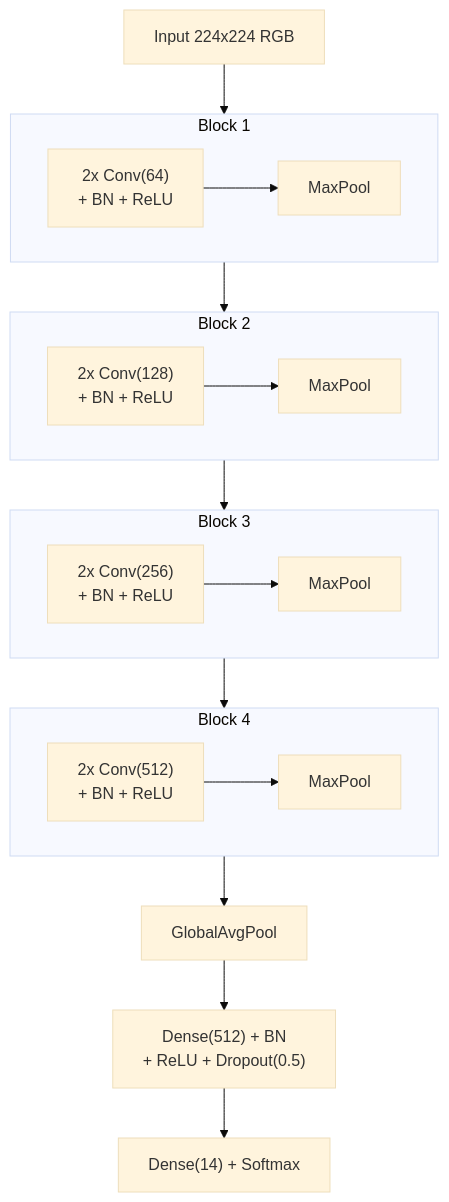
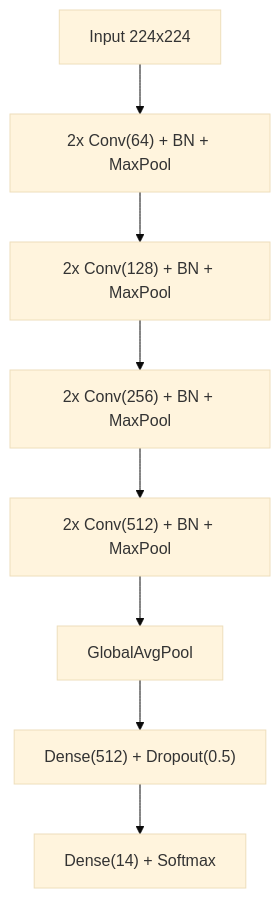
One commit to omorros/SnapShelf changed the third of 3 diagrams in research/01-cnn-comparison/README.md. Above: the diagram before and after it, drawn with Mermaid (base theme). The commit also changed other lines of this file, not shown here.

````diff
--- a/research/01-cnn-comparison/README.md
+++ b/research/01-cnn-comparison/README.md
@@ -197,26 +102,10 @@
 ```mermaid
 flowchart TB
-    I["Input 224x224 RGB"] --> B1
-    subgraph B1 ["Block 1"]
-        direction LR
-        B1a["2x Conv(64)\n+ BN + ReLU"] --> B1b["MaxPool"]
-    end
-    B1 --> B2
-    subgraph B2 ["Block 2"]
-        direction LR
-        B2a["2x Conv(128)\n+ BN + ReLU"] --> B2b["MaxPool"]
-    end
-    B2 --> B3
-    subgraph B3 ["Block 3"]
-        direction LR
-        B3a["2x Conv(256)\n+ BN + ReLU"] --> B3b["MaxPool"]
-    end
-    B3 --> B4
-    subgraph B4 ["Block 4"]
-        direction LR
-        B4a["2x Conv(512)\n+ BN + ReLU"] --> B4b["MaxPool"]
-    end
+    I["Input 224x224"] --> B1["2x Conv(64) + BN + MaxPool"]
+    B1 --> B2["2x Conv(128) + BN + MaxPool"]
+    B2 --> B3["2x Conv(256) + BN + MaxPool"]
+    B3 --> B4["2x Conv(512) + BN + MaxPool"]
     B4 --> GAP["GlobalAvgPool"]
-    GAP --> D["Dense(512) + BN\n+ ReLU + Dropout(0.5)"]
+    GAP --> D["Dense(512) + Dropout(0.5)"]
     D --> O["Dense(14) + Softmax"]
 ```
````
